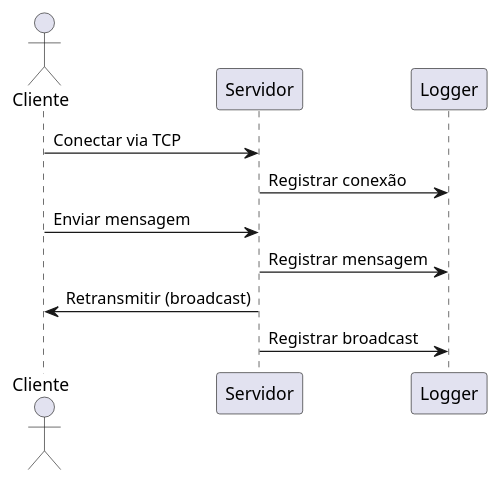
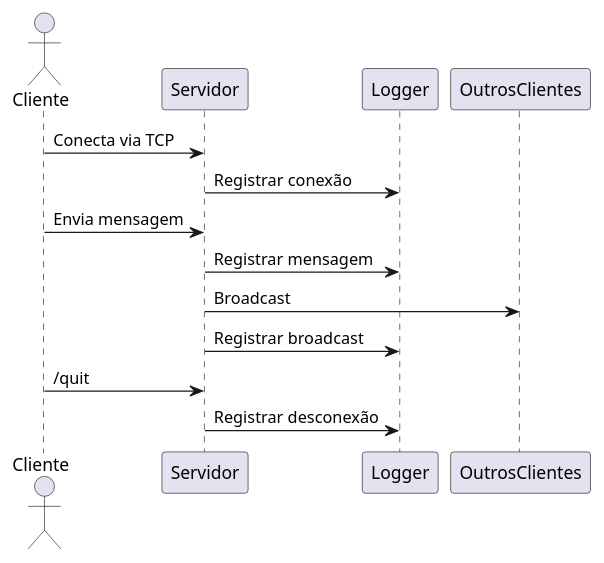
One commit to viniciusgdbarros/Tema-A---Servidor-de-chat-multiusu-rio changed the diagram in sequence_chat.puml. Above: the diagram before and after it, drawn with PlantUML. The commit also changed 4 other files, not shown here.

```diff
--- a/sequence_chat.puml
+++ b/sequence_chat.puml
@@ -1,12 +1,14 @@
 @startuml
 actor Cliente
 participant Servidor
 participant Logger
 
-Cliente -> Servidor: Conectar via TCP
+Cliente -> Servidor: Conecta via TCP
 Servidor -> Logger: Registrar conexão
-Cliente -> Servidor: Enviar mensagem
+Cliente -> Servidor: Envia mensagem
 Servidor -> Logger: Registrar mensagem
-Servidor -> Cliente: Retransmitir (broadcast)
+Servidor -> OutrosClientes: Broadcast
 Servidor -> Logger: Registrar broadcast
+Cliente -> Servidor: /quit
+Servidor -> Logger: Registrar desconexão
 @enduml
```
